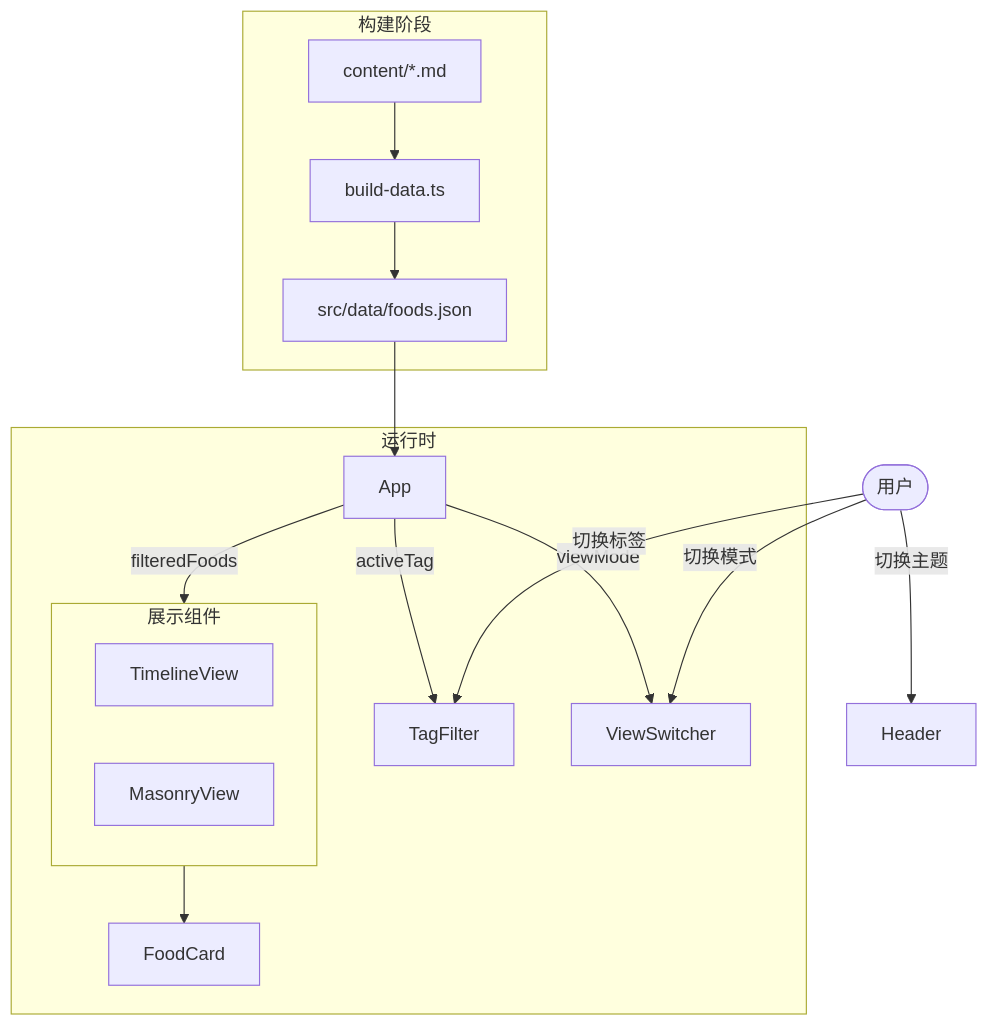
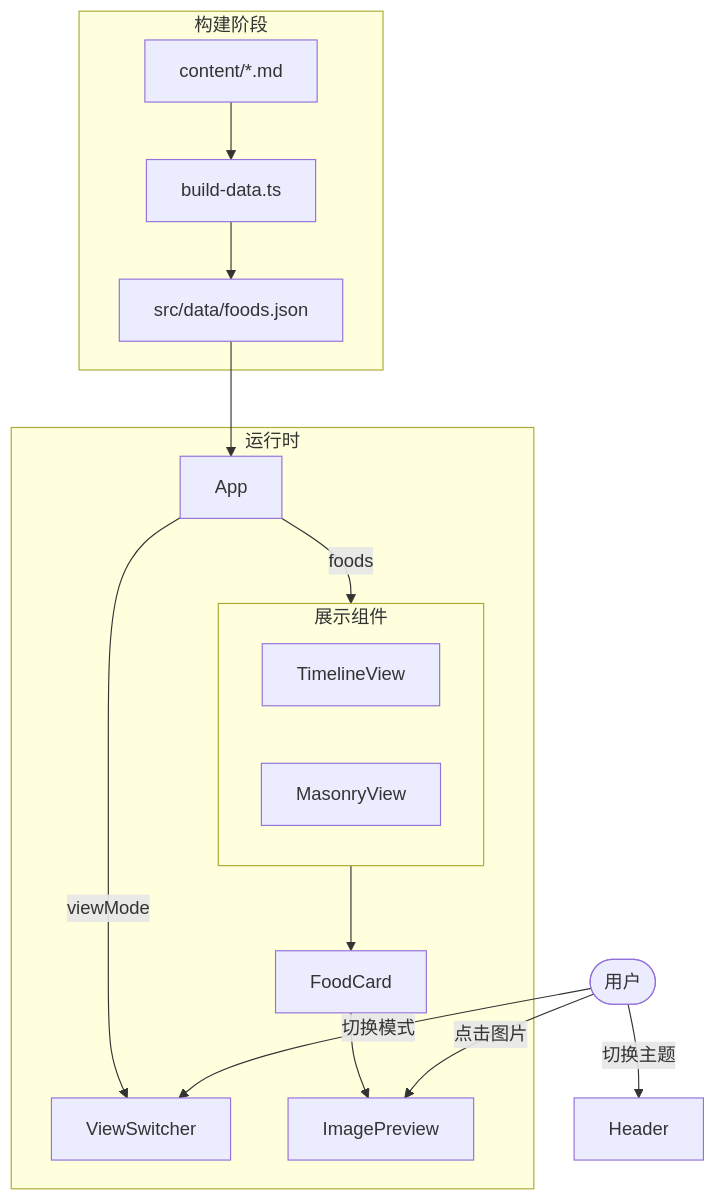
The diagram in docs/specs/food-diary-mobile-web/design.md (etc1208/FoodDiary), drawn with Mermaid before and after one commit. The commit also changed other lines of this file and 15 other files, not shown here.

First line of the commit message:
feat: replace tag filter with image preview, improve UI design

````diff
--- a/docs/specs/food-diary-mobile-web/design.md
+++ b/docs/specs/food-diary-mobile-web/design.md
@@ -63,25 +63,25 @@
 ```mermaid
 flowchart TB
     subgraph Build["构建阶段"]
         MD[content/*.md] --> Script[build-data.ts]
         Script --> JSON[src/data/foods.json]
     end
 
     subgraph Runtime["运行时"]
         JSON --> App
-        App --> |activeTag| TagFilter
         App --> |viewMode| ViewSwitcher
-        App --> |filteredFoods| Views
+        App --> |foods| Views
 
         subgraph Views["展示组件"]
             TimelineView
             MasonryView
         end
 
         Views --> FoodCard
+        FoodCard --> ImagePreview
     end
 
-    User([用户]) --> |切换标签| TagFilter
-    User --> |切换模式| ViewSwitcher
+    User([用户]) --> |切换模式| ViewSwitcher
+    User --> |点击图片| ImagePreview
     User --> |切换主题| Header
 ```
````
